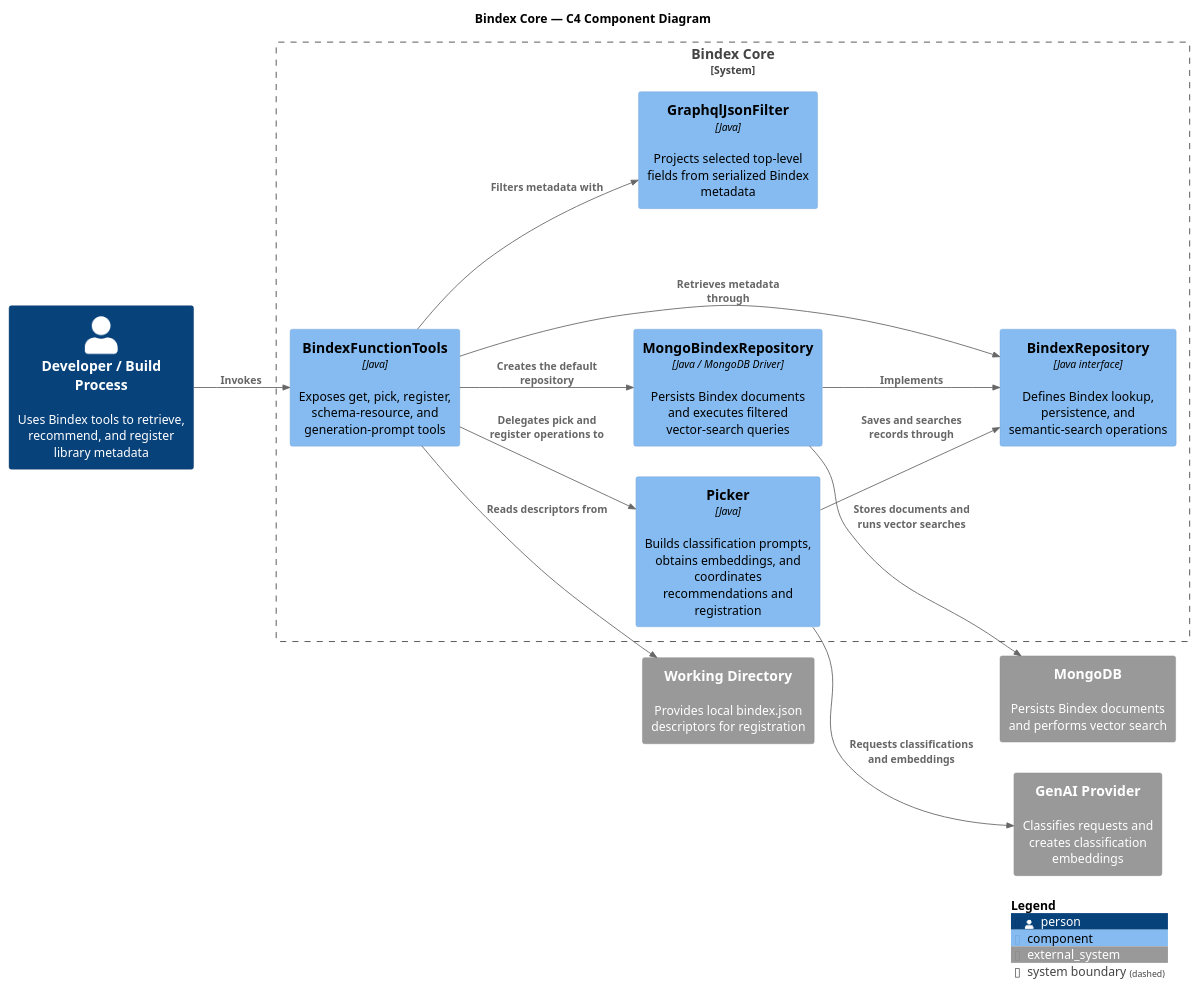
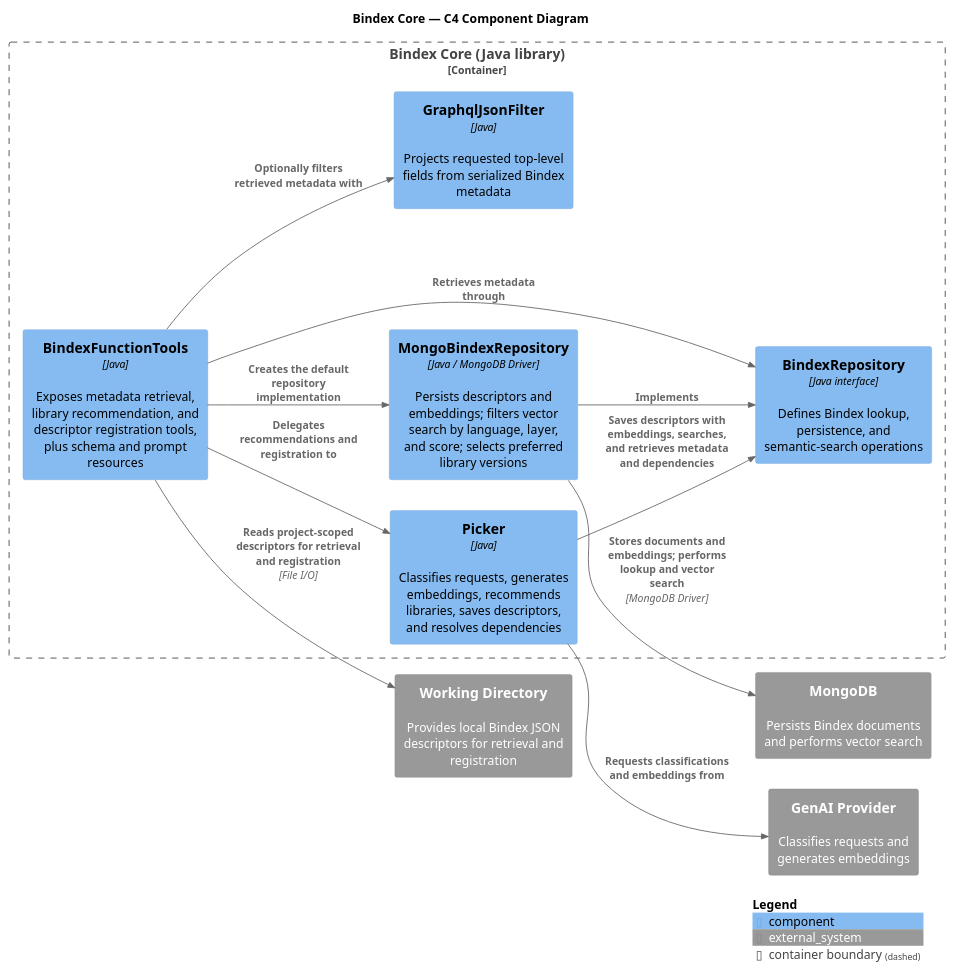
The diagram in src/site/puml/c4-diagram.puml (machanism-org/bindex-core), drawn with PlantUML before and after one commit. The commit also changed 1 other file, not shown here.

Commit message:
docs: clarify assembly and Bindex component workflows
The assembly workflow now identifies local filesystem and command-line capabilities and explains that matching Bindex JSON supplies artifact metadata and library usage examples.

```diff
--- a/src/site/puml/c4-diagram.puml
+++ b/src/site/puml/c4-diagram.puml
@@ -10,33 +10,31 @@
 @startuml
 !includeurl https://raw.githubusercontent.com/plantuml-stdlib/C4-PlantUML/master/C4_Component.puml
 
 LAYOUT_LEFT_RIGHT()
 
 title Bindex Core — C4 Component Diagram
 
-Person(user, "Developer / Build Process", "Uses Bindex tools to retrieve, recommend, and register library metadata")
-System_Ext(fileSystem, "Working Directory", "Provides local bindex.json descriptors for registration")
-System_Ext(genaiProvider, "GenAI Provider", "Classifies requests and creates classification embeddings")
+System_Ext(fileSystem, "Working Directory", "Provides local Bindex JSON descriptors for retrieval and registration")
+System_Ext(genaiProvider, "GenAI Provider", "Classifies requests and generates embeddings")
 System_Ext(mongodb, "MongoDB", "Persists Bindex documents and performs vector search")
 
-System_Boundary(bindexCore, "Bindex Core") {
-  Component(bindexFunctionTools, "BindexFunctionTools", "Java", "Exposes get, pick, register, schema-resource, and generation-prompt tools")
-  Component(graphqlJsonFilter, "GraphqlJsonFilter", "Java", "Projects selected top-level fields from serialized Bindex metadata")
-  Component(picker, "Picker", "Java", "Builds classification prompts, obtains embeddings, and coordinates recommendations and registration")
+Container_Boundary(bindexCore, "Bindex Core (Java library)") {
+  Component(bindexFunctionTools, "BindexFunctionTools", "Java", "Exposes metadata retrieval, library recommendation, and descriptor registration tools, plus schema and prompt resources")
+  Component(graphqlJsonFilter, "GraphqlJsonFilter", "Java", "Projects requested top-level fields from serialized Bindex metadata")
+  Component(picker, "Picker", "Java", "Classifies requests, generates embeddings, recommends libraries, saves descriptors, and resolves dependencies")
   Component(repository, "BindexRepository", "Java interface", "Defines Bindex lookup, persistence, and semantic-search operations")
-  Component(mongoRepository, "MongoBindexRepository", "Java / MongoDB Driver", "Persists Bindex documents and executes filtered vector-search queries")
+  Component(mongoRepository, "MongoBindexRepository", "Java / MongoDB Driver", "Persists descriptors and embeddings; filters vector search by language, layer, and score; selects preferred library versions")
 }
 
-Rel(user, bindexFunctionTools, "Invokes")
-Rel(bindexFunctionTools, fileSystem, "Reads descriptors from")
-Rel(bindexFunctionTools, graphqlJsonFilter, "Filters metadata with")
-Rel(bindexFunctionTools, picker, "Delegates pick and register operations to")
+Rel(bindexFunctionTools, fileSystem, "Reads project-scoped descriptors for retrieval and registration", "File I/O")
+Rel(bindexFunctionTools, graphqlJsonFilter, "Optionally filters retrieved metadata with")
+Rel(bindexFunctionTools, picker, "Delegates recommendations and registration to")
 Rel(bindexFunctionTools, repository, "Retrieves metadata through")
-Rel(bindexFunctionTools, mongoRepository, "Creates the default repository")
-Rel(picker, genaiProvider, "Requests classifications and embeddings")
-Rel(picker, repository, "Saves and searches records through")
+Rel(bindexFunctionTools, mongoRepository, "Creates the default repository implementation")
+Rel(picker, genaiProvider, "Requests classifications and embeddings from")
+Rel(picker, repository, "Saves descriptors with embeddings, searches, and retrieves metadata and dependencies")
 Rel(mongoRepository, repository, "Implements")
-Rel(mongoRepository, mongodb, "Stores documents and runs vector searches")
+Rel(mongoRepository, mongodb, "Stores documents and embeddings; performs lookup and vector search", "MongoDB Driver")
 
 SHOW_LEGEND()
 @enduml
```
